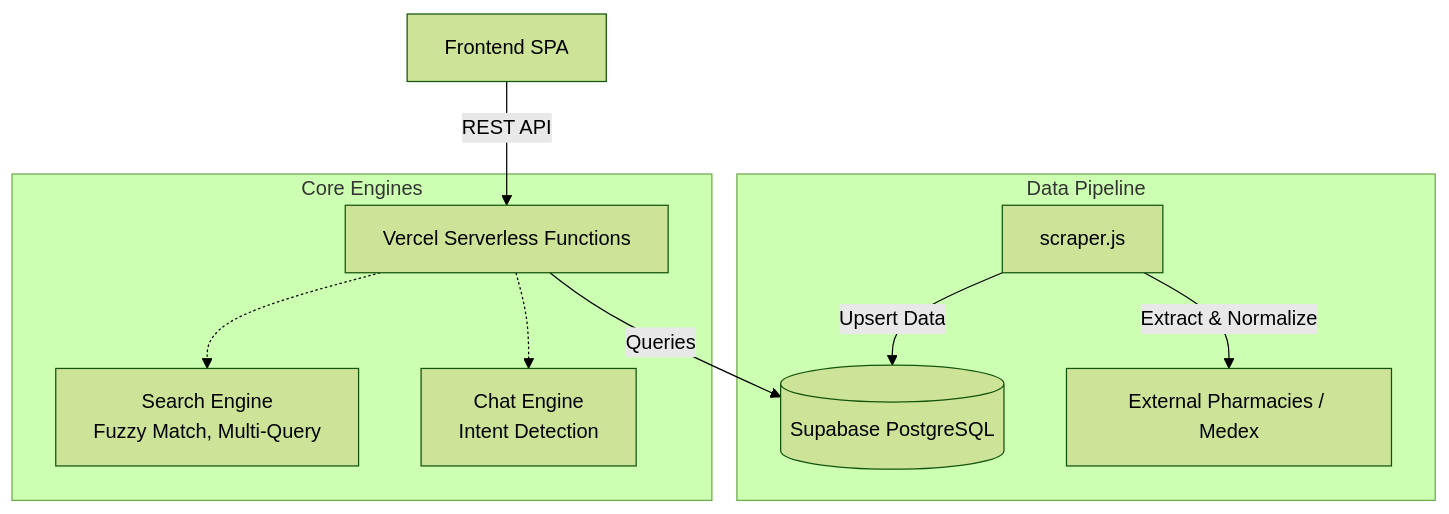
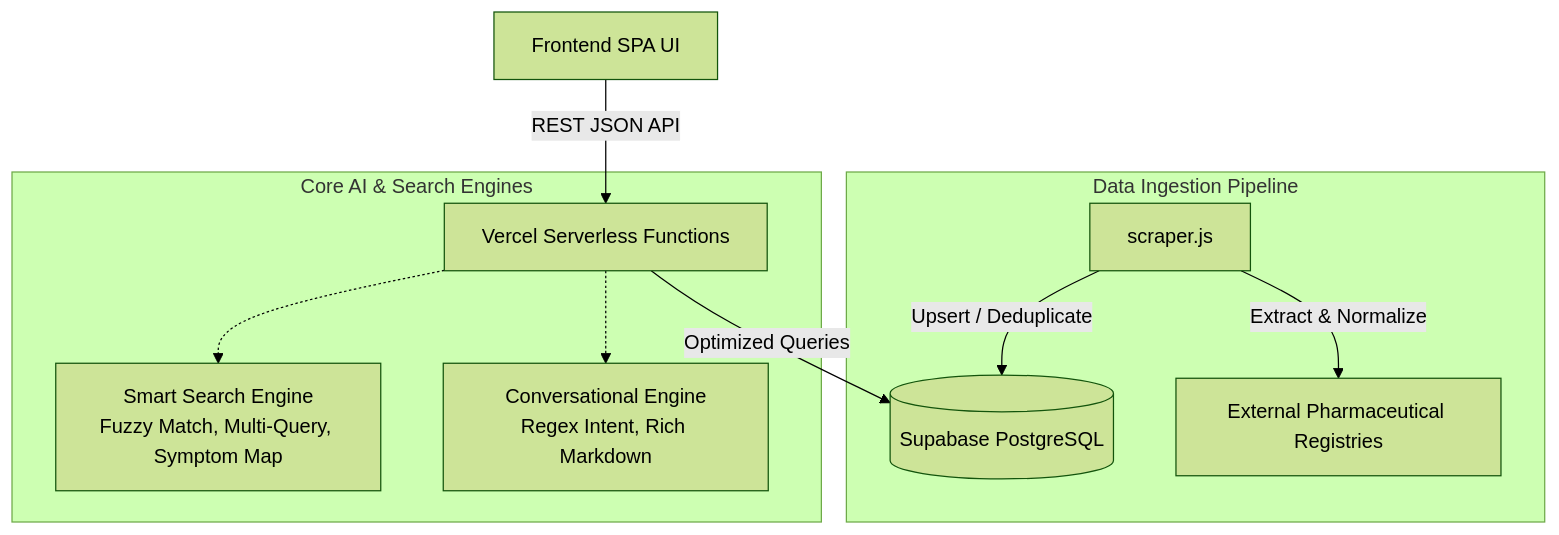
Before and after one commit to KobiTalha/PharmaLens: the diagram in README.md, drawn with Mermaid (forest theme). The commit also changed other lines of this file, not shown here.

````diff
--- a/README.md
+++ b/README.md
@@ -20,15 +57,15 @@
 ```mermaid
 graph TD
-    Client[Frontend SPA] --> |REST API| API[Vercel Serverless Functions]
-    API --> |Queries| DB[(Supabase PostgreSQL)]
+    Client[Frontend SPA UI] --> |REST JSON API| API[Vercel Serverless Functions]
+    API --> |Optimized Queries| DB[(Supabase PostgreSQL)]
     
-    subgraph Data Pipeline
-        Scraper[scraper.js] --> |Extract & Normalize| Sources[External Pharmacies / Medex]
-        Scraper --> |Upsert Data| DB
+    subgraph Data Ingestion Pipeline
+        Scraper[scraper.js] --> |Extract & Normalize| Sources[External Pharmaceutical Registries]
+        Scraper --> |Upsert / Deduplicate| DB
     end
     
-    subgraph Core Engines
-        API -.-> SearchEngine[Search Engine<br>Fuzzy Match, Multi-Query]
-        API -.-> ChatEngine[Chat Engine<br>Intent Detection]
+    subgraph Core AI & Search Engines
+        API -.-> SearchEngine[Smart Search Engine<br>Fuzzy Match, Multi-Query, Symptom Map]
+        API -.-> ChatEngine[Conversational Engine<br>Regex Intent, Rich Markdown]
     end
 ```
````
